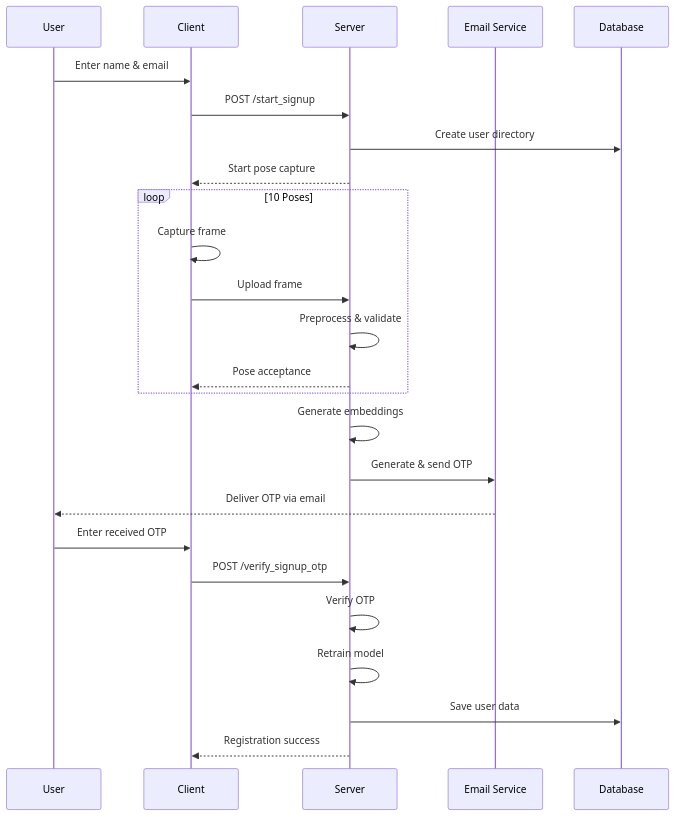
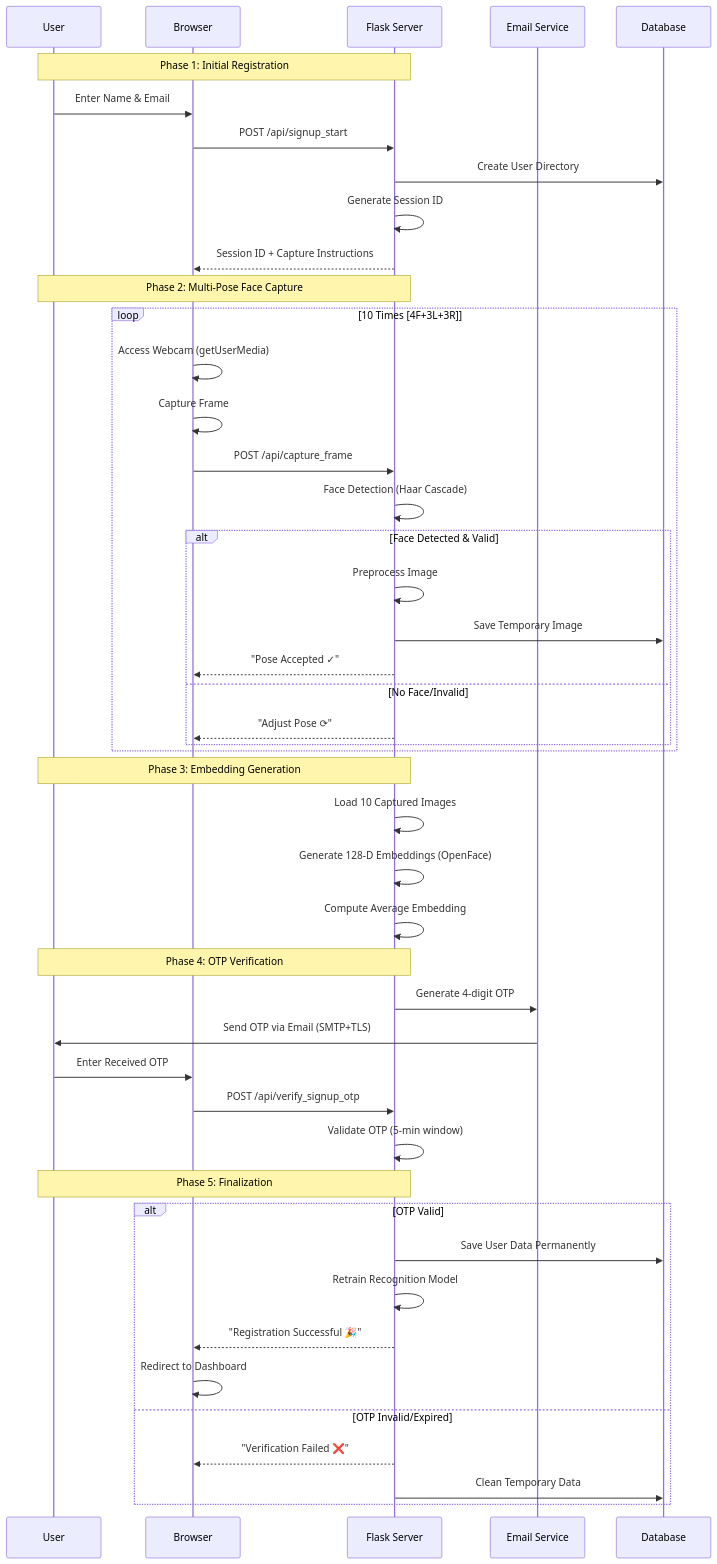
The third of 8 diagrams in README.md (brainstationcyberhub-coder/facesignin), drawn with Mermaid before and after one commit. The commit also changed other lines of this file, not shown here.

````diff
--- a/README.md
+++ b/README.md
@@ -144,30 +116,53 @@
 ```mermaid
 sequenceDiagram
     participant U as User
-    participant C as Client
-    participant S as Server
+    participant B as Browser
+    participant S as Flask Server
     participant E as Email Service
     participant D as Database
     
-    U->>C: Enter name & email
-    C->>S: POST /start_signup
-    S->>D: Create user directory
-    S-->>C: Start pose capture
+    Note over U,S: Phase 1: Initial Registration
+    U->>B: Enter Name & Email
+    B->>S: POST /api/signup_start
+    S->>D: Create User Directory
+    S->>S: Generate Session ID
+    S-->>B: Session ID + Capture Instructions
     
-    loop 10 Poses
-        C->>C: Capture frame
-        C->>S: Upload frame
-        S->>S: Preprocess & validate
-        S-->>C: Pose acceptance
+    Note over U,S: Phase 2: Multi-Pose Face Capture
+    loop 10 Times [4F+3L+3R]
+        B->>B: Access Webcam (getUserMedia)
+        B->>B: Capture Frame
+        B->>S: POST /api/capture_frame
+        S->>S: Face Detection (Haar Cascade)
+        alt Face Detected & Valid
+            S->>S: Preprocess Image
+            S->>D: Save Temporary Image
+            S-->>B: "Pose Accepted ✓"
+        else No Face/Invalid
+            S-->>B: "Adjust Pose ⟳"
+        end
     end
     
-    S->>S: Generate embeddings
-    S->>E: Generate & send OTP
-    E-->>U: Deliver OTP via email
-    U->>C: Enter received OTP
-    C->>S: POST /verify_signup_otp
-    S->>S: Verify OTP
-    S->>S: Retrain model
-    S->>D: Save user data
-    S-->>C: Registration success
+    Note over U,S: Phase 3: Embedding Generation
+    S->>S: Load 10 Captured Images
+    S->>S: Generate 128-D Embeddings (OpenFace)
+    S->>S: Compute Average Embedding
+    
+    Note over U,S: Phase 4: OTP Verification
+    S->>E: Generate 4-digit OTP
+    E->>U: Send OTP via Email (SMTP+TLS)
+    U->>B: Enter Received OTP
+    B->>S: POST /api/verify_signup_otp
+    S->>S: Validate OTP (5-min window)
+    
+    Note over U,S: Phase 5: Finalization
+    alt OTP Valid
+        S->>D: Save User Data Permanently
+        S->>S: Retrain Recognition Model
+        S-->>B: "Registration Successful 🎉"
+        B->>B: Redirect to Dashboard
+    else OTP Invalid/Expired
+        S-->>B: "Verification Failed ❌"
+        S->>D: Clean Temporary Data
+    end
 ```
````
